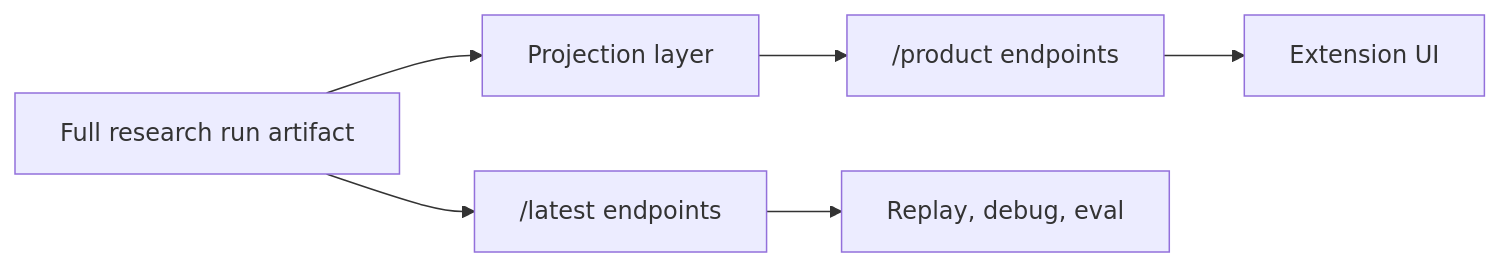
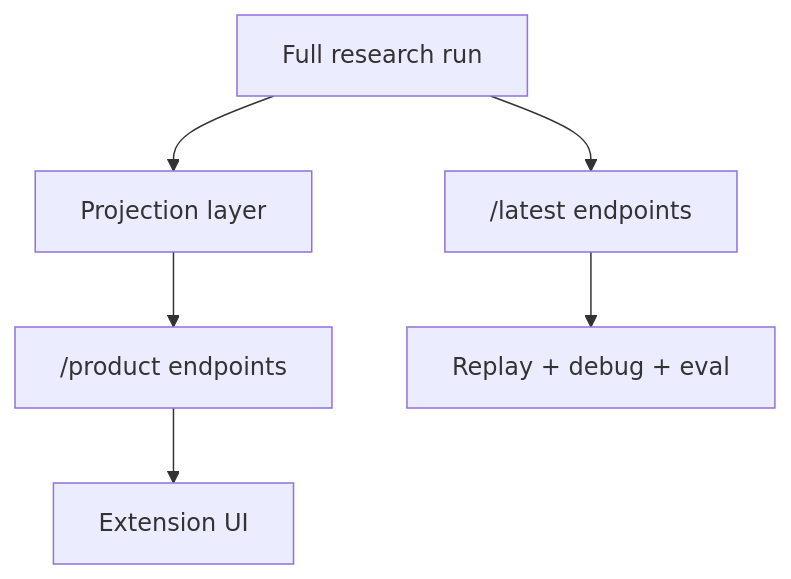
One commit to nuxxor/poli-deepresearch changed the second of 3 diagrams in README.md. Above: the diagram before and after it, drawn with Mermaid. The commit also changed other lines of this file, not shown here.

Commit message:
Refine Mermaid README diagrams

````diff
--- a/README.md
+++ b/README.md
@@ -78,15 +76,9 @@
 ```mermaid
-flowchart LR
-    RUN[Full research run artifact]
-    PROJECT[Projection layer]
-    PRODUCT["/product endpoints"]
-    LATEST["/latest endpoints"]
-    UI[Extension UI]
-    DEBUG[Replay, debug, eval]
-
-    RUN --> PROJECT
-    PROJECT --> PRODUCT
-    RUN --> LATEST
-    PRODUCT --> UI
-    LATEST --> DEBUG
+flowchart TD
+    RUN[Full research run]
+    RUN --> PROJECT[Projection layer]
+    RUN --> LATEST["/latest endpoints"]
+    PROJECT --> PRODUCT["/product endpoints"]
+    PRODUCT --> UI[Extension UI]
+    LATEST --> DEBUG[Replay + debug + eval]
 ```
````
